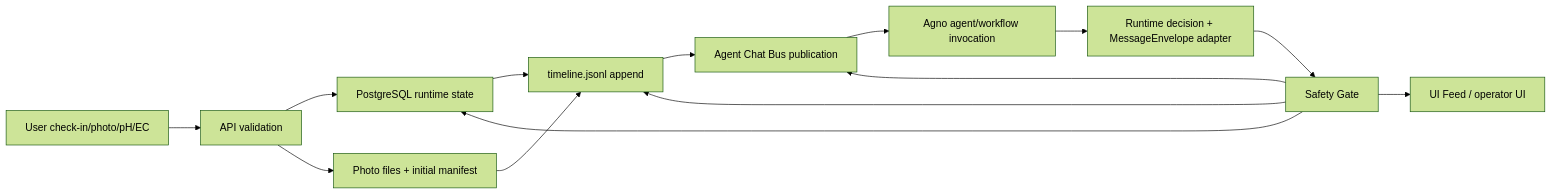
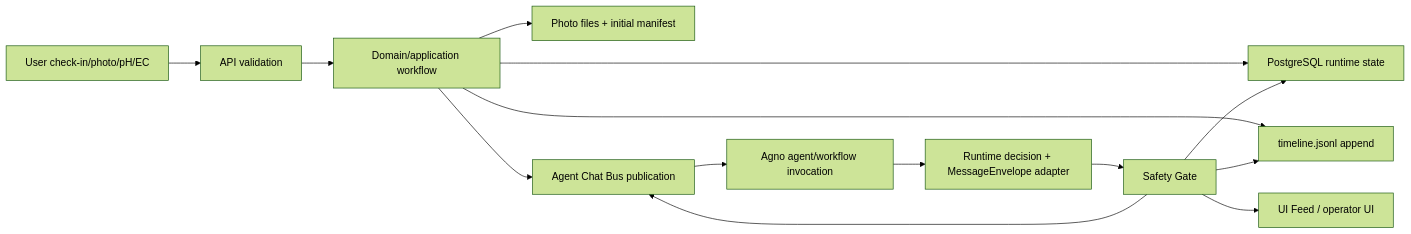
Before and after one commit to nicelight/agro-intellect: the fourth of 5 diagrams in .memory-bank/architecture/system-architecture.md, drawn with Mermaid (forest theme). The commit also changed other lines of this file and 35 other files, not shown here.

````diff
--- a/.memory-bank/architecture/system-architecture.md
+++ b/.memory-bank/architecture/system-architecture.md
@@ -221,27 +221,28 @@
 ```mermaid
 flowchart LR
   intake["User check-in/photo/pH/EC"]
   validate["API validation"]
+  workflow["Domain/application workflow"]
   persist["PostgreSQL runtime state"]
   artifacts["Photo files + initial manifest"]
   audit["timeline.jsonl append"]
   bus["Agent Chat Bus publication"]
   agno["Agno agent/workflow invocation"]
   adapter["Runtime decision + MessageEnvelope adapter"]
   safety["Safety Gate"]
   ui["UI Feed / operator UI"]
 
   intake --> validate
-  validate --> persist
-  validate --> artifacts
-  persist --> audit
-  artifacts --> audit
-  audit --> bus
+  validate --> workflow
+  workflow --> persist
+  workflow --> artifacts
+  workflow --> audit
+  workflow --> bus
   bus --> agno
   agno --> adapter
   adapter --> safety
   safety --> persist
   safety --> audit
   safety --> bus
   safety --> ui
 ```
````
